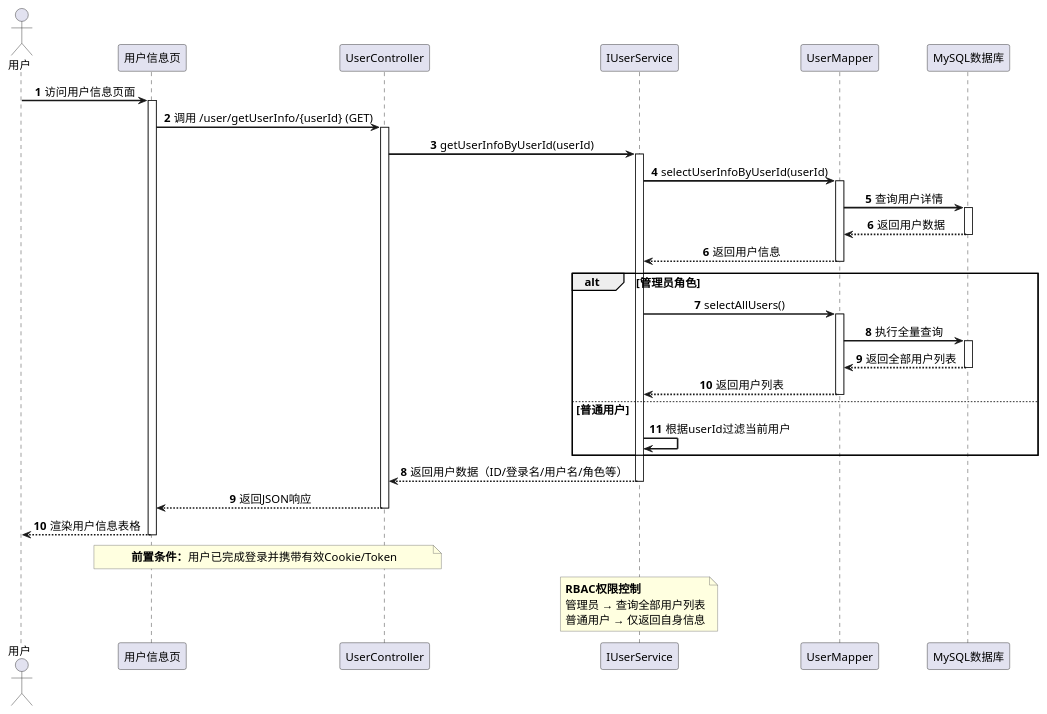
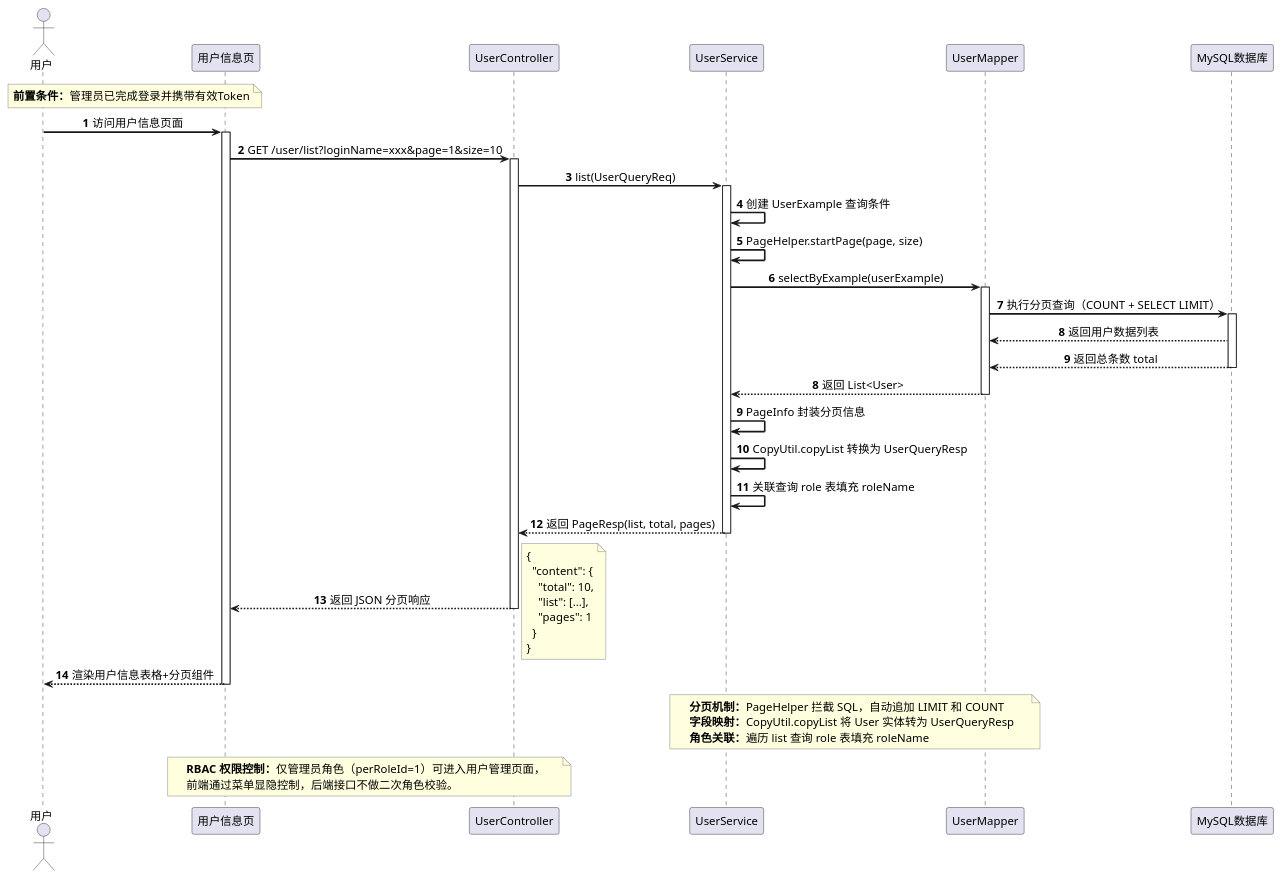
One commit to ssl1995/imooc-wiki changed the diagram in word/第4章/图4.5-用户信息时序图-彩色版.puml. Above: the diagram before and after it, drawn with PlantUML. The commit also changed 4 other files, not shown here.

```diff
--- a/word/第4章/图4.5-用户信息时序图-彩色版.puml
+++ b/word/第4章/图4.5-用户信息时序图-彩色版.puml
@@ -1,86 +1,102 @@
 @startuml
 
 ' ===== 字体与样式设置（确保论文打印清晰） =====
 skinparam defaultFontSize 14
 skinparam defaultFontName SimHei
 skinparam sequenceMessageAlign center
 skinparam sequenceArrowThickness 2
 skinparam participantPadding 25
 skinparam sequenceBoxBackgroundColor #F8F8F8
 skinparam noteBackgroundColor #FFFFE0
 skinparam noteBorderColor #666666
 
-' ===== 参与者定义（减少为6个，去掉登录页） =====
+' ===== 参与者定义 =====
 actor "用户" as User
 participant "用户信息页" as UserPage
 participant "UserController" as Controller
-participant "IUserService" as Service
+participant "UserService" as Service
 participant "UserMapper" as Mapper
 participant "MySQL数据库" as DB
 
-' ===== 核心流程：查询用户信息（聚焦此模块） =====
+' ===== 前置条件说明 =====
+note over User, UserPage
+  <b>前置条件：</b>管理员已完成登录并携带有效Token
+end note
+
+' ===== 核心流程：分页查询用户信息 =====
 autonumber 1
 User -> UserPage: 访问用户信息页面
 activate UserPage
 
 autonumber 2
-UserPage -> Controller: 调用 /user/getUserInfo/{userId} (GET)
+UserPage -> Controller: GET /user/list?loginName=xxx&page=1&size=10
 activate Controller
 
 autonumber 3
-Controller -> Service: getUserInfoByUserId(userId)
+Controller -> Service: list(UserQueryReq)
 activate Service
 
 autonumber 4
-Service -> Mapper: selectUserInfoByUserId(userId)
+Service -> Service: 创建 UserExample 查询条件
+
+autonumber 5
+Service -> Service: PageHelper.startPage(page, size)
+
+autonumber 6
+Service -> Mapper: selectByExample(userExample)
 activate Mapper
 
-autonumber 5
-Mapper -> DB: 查询用户详情
+autonumber 7
+Mapper -> DB: 执行分页查询（COUNT + SELECT LIMIT）
 activate DB
-DB --> Mapper: 返回用户数据
+DB --> Mapper: 返回用户数据列表
+DB --> Mapper: 返回总条数 total
 deactivate DB
 
-autonumber 6
-Mapper --> Service: 返回用户信息
+autonumber 8
+Mapper --> Service: 返回 List<User>
 deactivate Mapper
 
-' ===== 角色判断分支（简化表述） =====
-autonumber 7
-alt 管理员角色
-    Service -> Mapper: selectAllUsers()
-    activate Mapper
-    Mapper -> DB: 执行全量查询
-    activate DB
-    DB --> Mapper: 返回全部用户列表
-    deactivate DB
-    Mapper --> Service: 返回用户列表
-    deactivate Mapper
-else 普通用户
-    Service -> Service: 根据userId过滤当前用户
-end
+autonumber 9
+Service -> Service: PageInfo 封装分页信息
 
-autonumber 8
-Service --> Controller: 返回用户数据（ID/登录名/用户名/角色等）
+autonumber 10
+Service -> Service: CopyUtil.copyList 转换为 UserQueryResp
+
+autonumber 11
+Service -> Service: 关联查询 role 表填充 roleName
+
+autonumber 12
+Service --> Controller: 返回 PageResp(list, total, pages)
 deactivate Service
 
-autonumber 9
-Controller --> UserPage: 返回JSON响应
+autonumber 13
+Controller --> UserPage: 返回 JSON 分页响应
+note right
+  {
+    "content": {
+      "total": 10,
+      "list": [...],
+      "pages": 1
+    }
+  }
+end note
 deactivate Controller
 
-autonumber 10
-UserPage --> User: 渲染用户信息表格
+autonumber 14
+UserPage --> User: 渲染用户信息表格+分页组件
 deactivate UserPage
 
-' ===== 图注说明（放在下方，不挤占横向空间） =====
-note over UserPage, Controller
-  <b>前置条件：</b>用户已完成登录并携带有效Cookie/Token
+' ===== 底部说明 =====
+note over Service, Mapper
+  <b>分页机制：</b>PageHelper 拦截 SQL，自动追加 LIMIT 和 COUNT
+  <b>字段映射：</b>CopyUtil.copyList 将 User 实体转为 UserQueryResp
+  <b>角色关联：</b>遍历 list 查询 role 表填充 roleName
 end note
 
-note over Service
-  <b>RBAC权限控制</b>
-  管理员 → 查询全部用户列表
-  普通用户 → 仅返回自身信息
+note over UserPage, Controller
+  <b>RBAC 权限控制：</b>仅管理员角色（perRoleId=1）可进入用户管理页面，
+  前端通过菜单显隐控制，后端接口不做二次角色校验。
 end note
 
 @enduml
```
